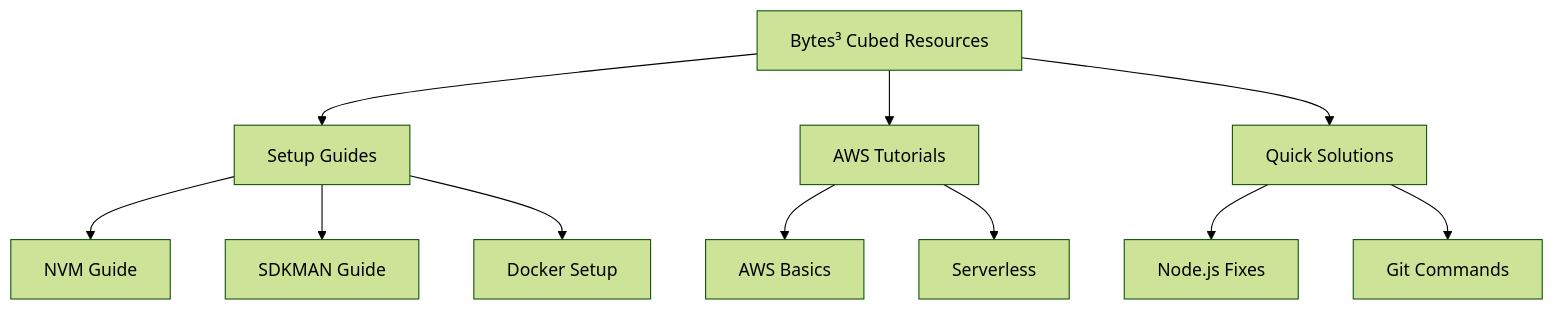
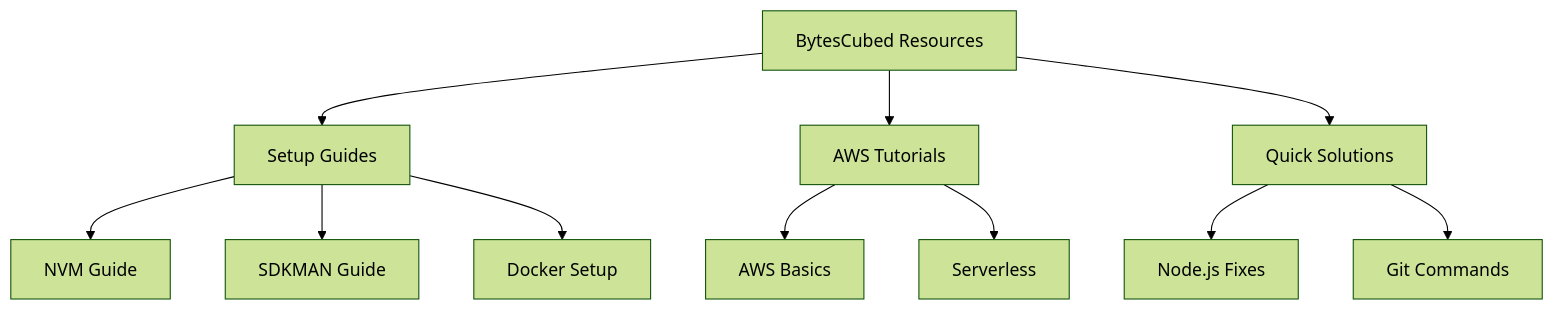
Before and after one commit to bytescubed/bytescubed: the diagram in README.md, drawn with Mermaid (forest theme). The commit also changed other lines of this file, not shown here.

````diff
--- a/README.md
+++ b/README.md
@@ -91,13 +109,13 @@
 ```mermaid
 graph TD
-    A[Bytes³ Cubed Resources] --> B[Setup Guides]
+    A[BytesCubed Resources] --> B[Setup Guides]
     A --> C[AWS Tutorials]
     A --> D[Quick Solutions]
     B --> E[NVM Guide]
     B --> F[SDKMAN Guide]
     B --> G[Docker Setup]
     C --> H[AWS Basics]
     C --> I[Serverless]
     D --> J[Node.js Fixes]
     D --> K[Git Commands]
 ```
````
